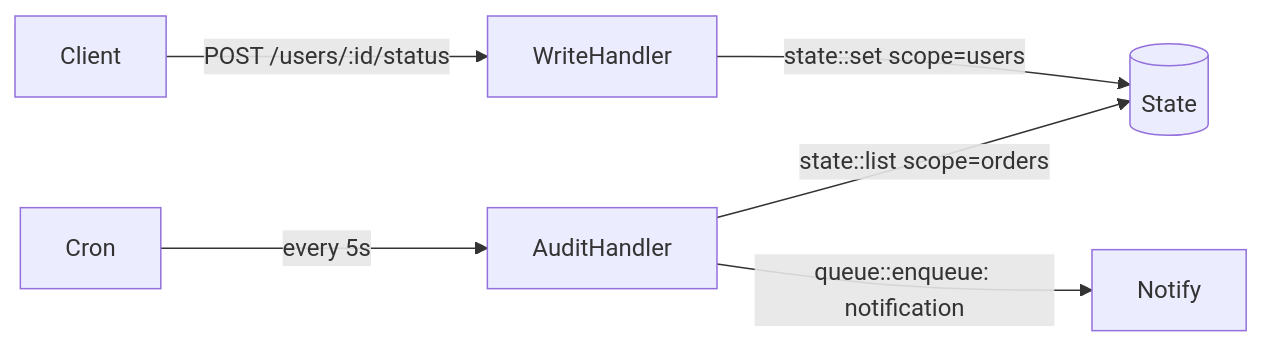
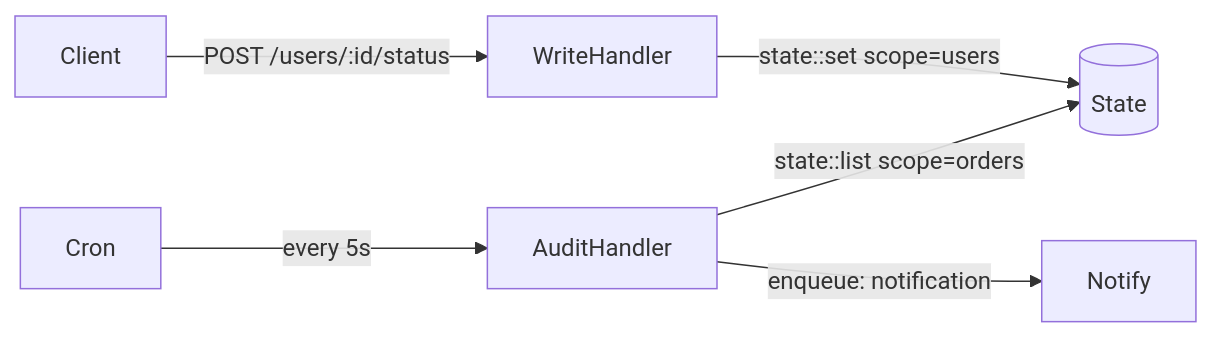
One commit to iii-hq/docs changed the diagram in content/examples/state-management.mdx. Above: the diagram before and after it, drawn with Mermaid. The commit also changed other lines of this file and 27 other files, not shown here.

````diff
--- a/content/examples/state-management.mdx
+++ b/content/examples/state-management.mdx
@@ -9,8 +9,8 @@
 ```mermaid
 graph LR
     Client -->|"POST /users/:id/status"| WriteHandler
     WriteHandler -->|"state::set scope=users"| StateStore[(State)]
     Cron -->|"every 5s"| AuditHandler
     AuditHandler -->|"state::list scope=orders"| StateStore
-    AuditHandler -->|"queue::enqueue: notification"| Notify
+    AuditHandler -->|"enqueue: notification"| Notify
 ```
````
